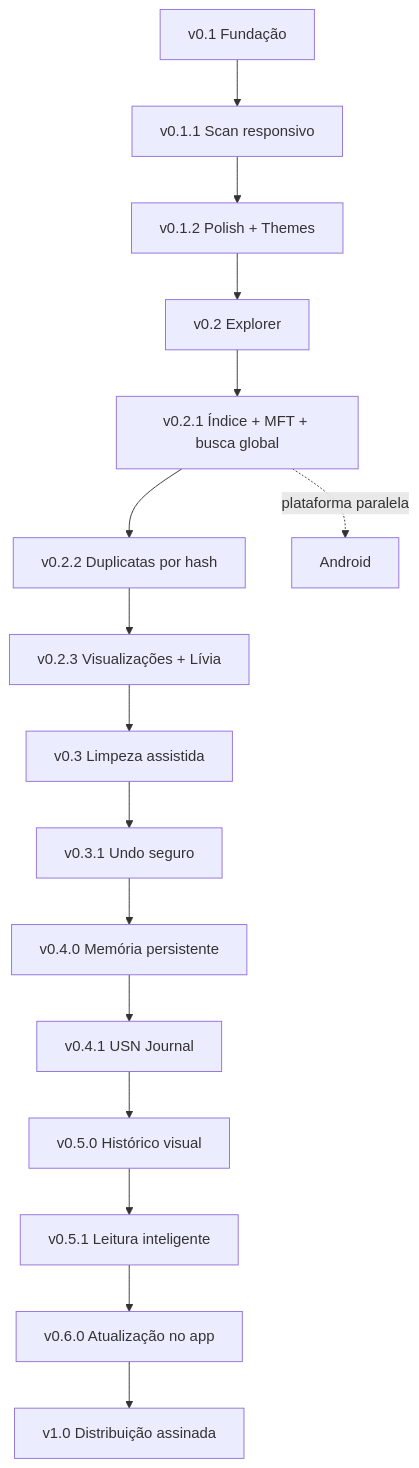
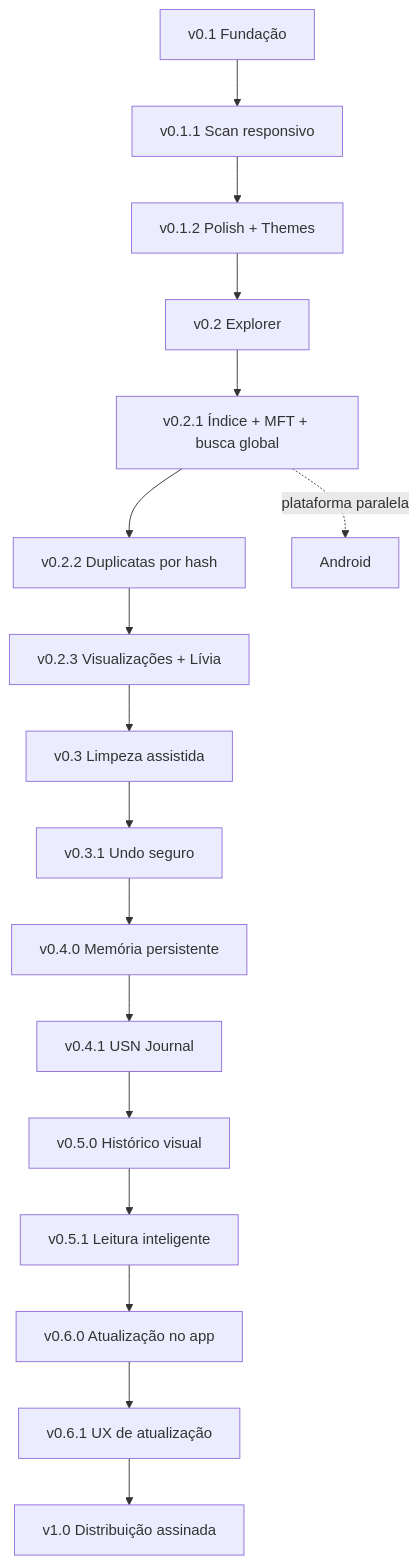
Before and after one commit to tombemol/L.I.V.I.A: diagram 11 of 11 in README.md, drawn with Mermaid. The commit also changed other lines of this file and 7 other files, not shown here.

````diff
--- a/README.md
+++ b/README.md
@@ -520,18 +537,19 @@
 ```mermaid
 flowchart TD
     A[v0.1 Fundação] --> B[v0.1.1 Scan responsivo]
     B --> C[v0.1.2 Polish + Themes]
     C --> D[v0.2 Explorer]
     D --> E[v0.2.1 Índice + MFT + busca global]
     E --> F[v0.2.2 Duplicatas por hash]
     F --> V[v0.2.3 Visualizações + Lívia]
     V --> G[v0.3 Limpeza assistida]
     G --> U[v0.3.1 Undo seguro]
     U --> M[v0.4.0 Memória persistente]
     M --> H[v0.4.1 USN Journal]
     H --> V5[v0.5.0 Histórico visual]
     V5 --> V51[v0.5.1 Leitura inteligente]
     V51 --> V6[v0.6.0 Atualização no app]
-    V6 --> I[v1.0 Distribuição assinada]
+    V6 --> V61[v0.6.1 UX de atualização]
+    V61 --> I[v1.0 Distribuição assinada]
     E -. plataforma paralela .-> J[Android]
 ```
````
